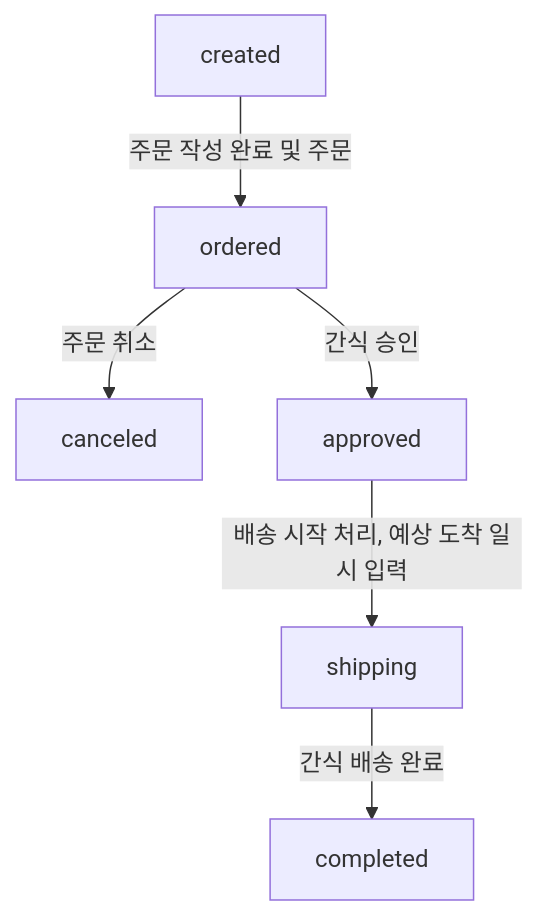
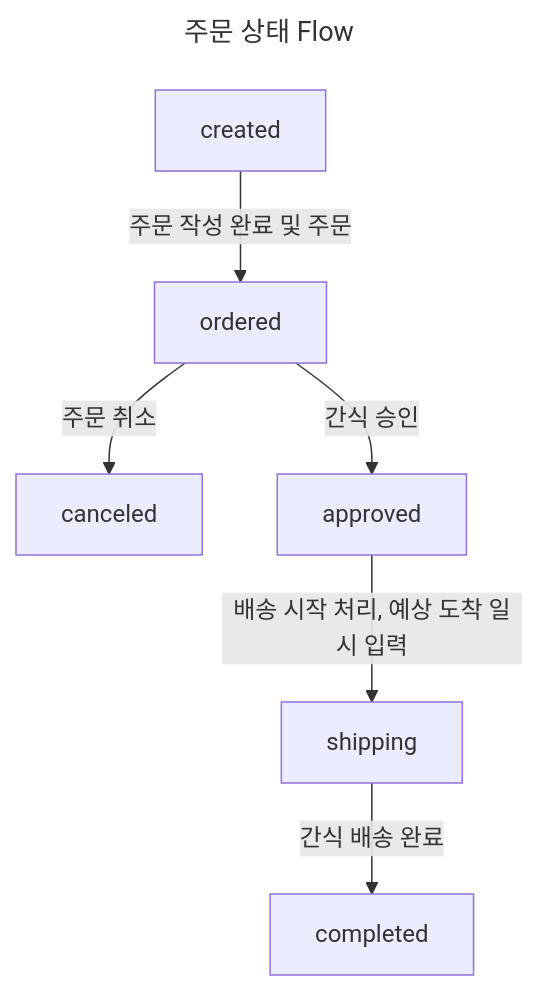
One commit to orchwang/snack-manager-server changed the second of 3 diagrams in README.md. Above: the diagram before and after it, drawn with Mermaid. The commit also changed other lines of this file and 1 other file, not shown here.

````diff
--- a/README.md
+++ b/README.md
@@ -293,15 +286,18 @@
 ```mermaid
+---
+title: 주문 상태 Flow
+---
 flowchart TD
   created[created]
   ordered[ordered]
   canceled[canceled]
   approved[approved]
   shipping[shipping]
   completed[completed]
   
   created --> |주문 작성 완료 및 주문| ordered
   ordered --> |간식 승인| approved
   approved --> |배송 시작 처리, 예상 도착 일시 입력| shipping
   shipping--> |간식 배송 완료| completed
   ordered--> |주문 취소| canceled
 ```
````
